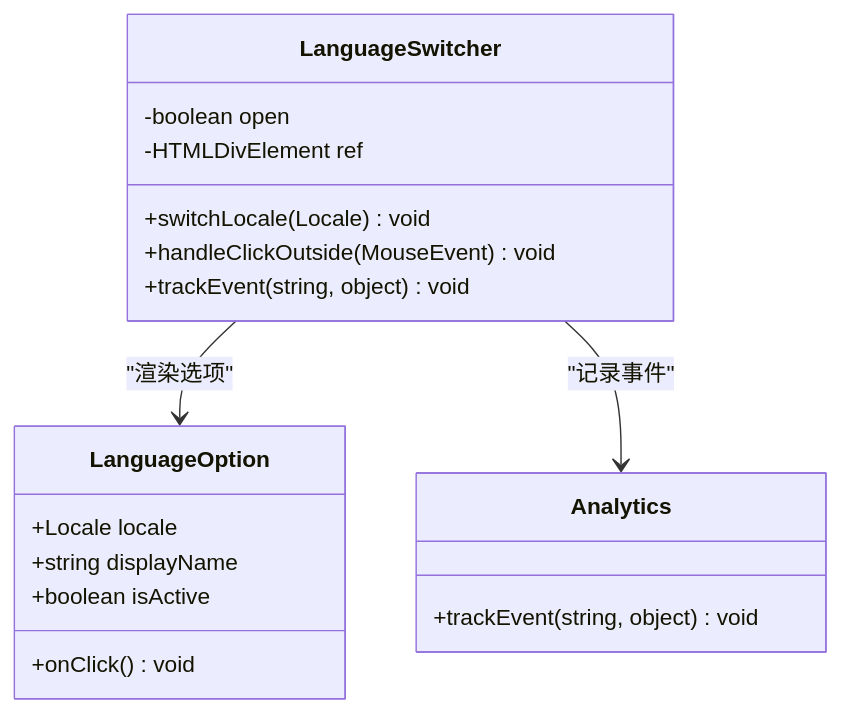
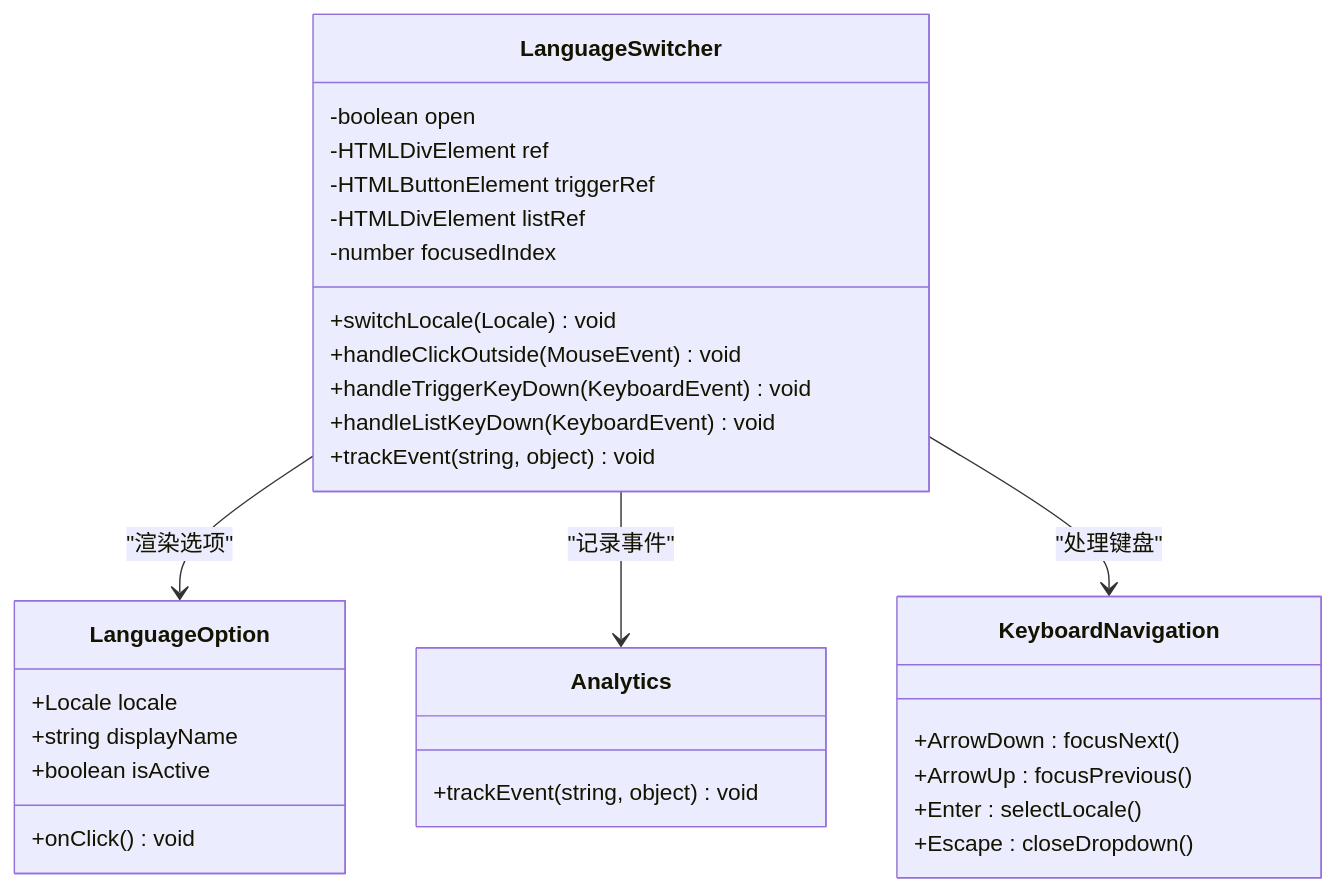
One commit to sgyy/privadeck changed the sixth of 10 diagrams in .qoder/repowiki/zh/content/技术架构/国际化系统.md. Above: the diagram before and after it, drawn with Mermaid. The commit also changed other lines of this file and 5 other files, not shown here.

````diff
--- a/.qoder/repowiki/zh/content/技术架构/国际化系统.md
+++ b/.qoder/repowiki/zh/content/技术架构/国际化系统.md
@@ -280,21 +347,33 @@
 ```mermaid
 classDiagram
 class LanguageSwitcher {
 -boolean open
 -HTMLDivElement ref
+-HTMLButtonElement triggerRef
+-HTMLDivElement listRef
+-number focusedIndex
 +switchLocale(Locale) void
 +handleClickOutside(MouseEvent) void
++handleTriggerKeyDown(KeyboardEvent) void
++handleListKeyDown(KeyboardEvent) void
 +trackEvent(string, object) void
 }
 class LanguageOption {
 +Locale locale
 +string displayName
 +boolean isActive
 +onClick() void
 }
 class Analytics {
 +trackEvent(string, object) void
 }
+class KeyboardNavigation {
++ArrowDown : focusNext()
++ArrowUp : focusPrevious()
++Enter : selectLocale()
++Escape : closeDropdown()
+}
 LanguageSwitcher --> LanguageOption : "渲染选项"
 LanguageSwitcher --> Analytics : "记录事件"
+LanguageSwitcher --> KeyboardNavigation : "处理键盘"
 ```
````
